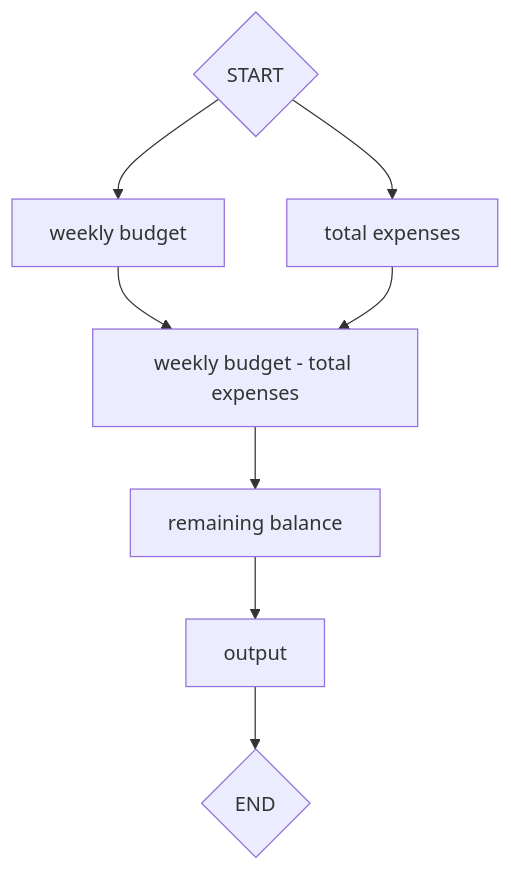
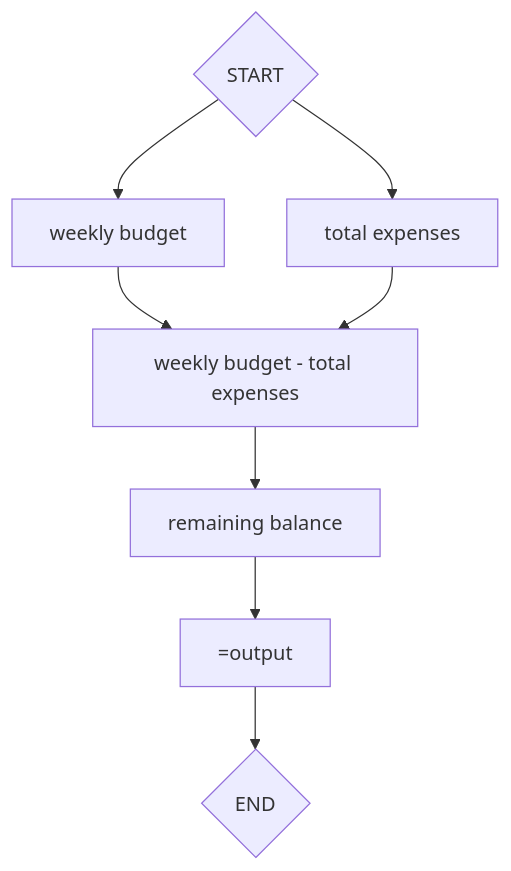
Before and after one commit to MicaElizabethObidos/cpp102-week3-obidos: the diagram in problem01_flowchart.md, drawn with Mermaid. The commit also changed other lines of this file and 6 other files, not shown here.

````diff
--- a/problem01_flowchart.md
+++ b/problem01_flowchart.md
@@ -1,10 +1,10 @@
 ```mermaid
 flowchart TD
     A{START} --> B[weekly budget]
     A{START} --> C[total expenses]
     B --> D[weekly budget - total expenses]
   C --> D[weekly budget - total expenses]
   D --> E[remaining balance]
-  E --> F[output]
+  E --> F[=output]
   F --> G{END}
   ```
````
